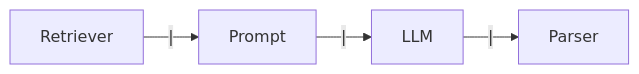
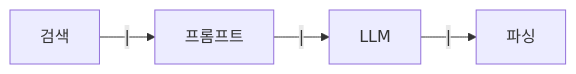
One commit to coderyu5523/book-workflow changed the second of 3 diagrams in projects/사내AI비서_v2/chapters/05-드디어-답해준다.md. Above: the diagram before and after it, drawn with Mermaid. The commit also changed other lines of this file and 434 other files, not shown here.

````diff
--- a/projects/사내AI비서_v2/chapters/05-드디어-답해준다.md
+++ b/projects/사내AI비서_v2/chapters/05-드디어-답해준다.md
@@ -107,6 +100,6 @@
 ```mermaid
 flowchart LR
-    A["Retriever"] -- "|" --> B["Prompt"]
+    A["검색"] -- "|" --> B["프롬프트"]
     B -- "|" --> C["LLM"]
-    C -- "|" --> D["Parser"]
+    C -- "|" --> D["파싱"]
 ```
````
